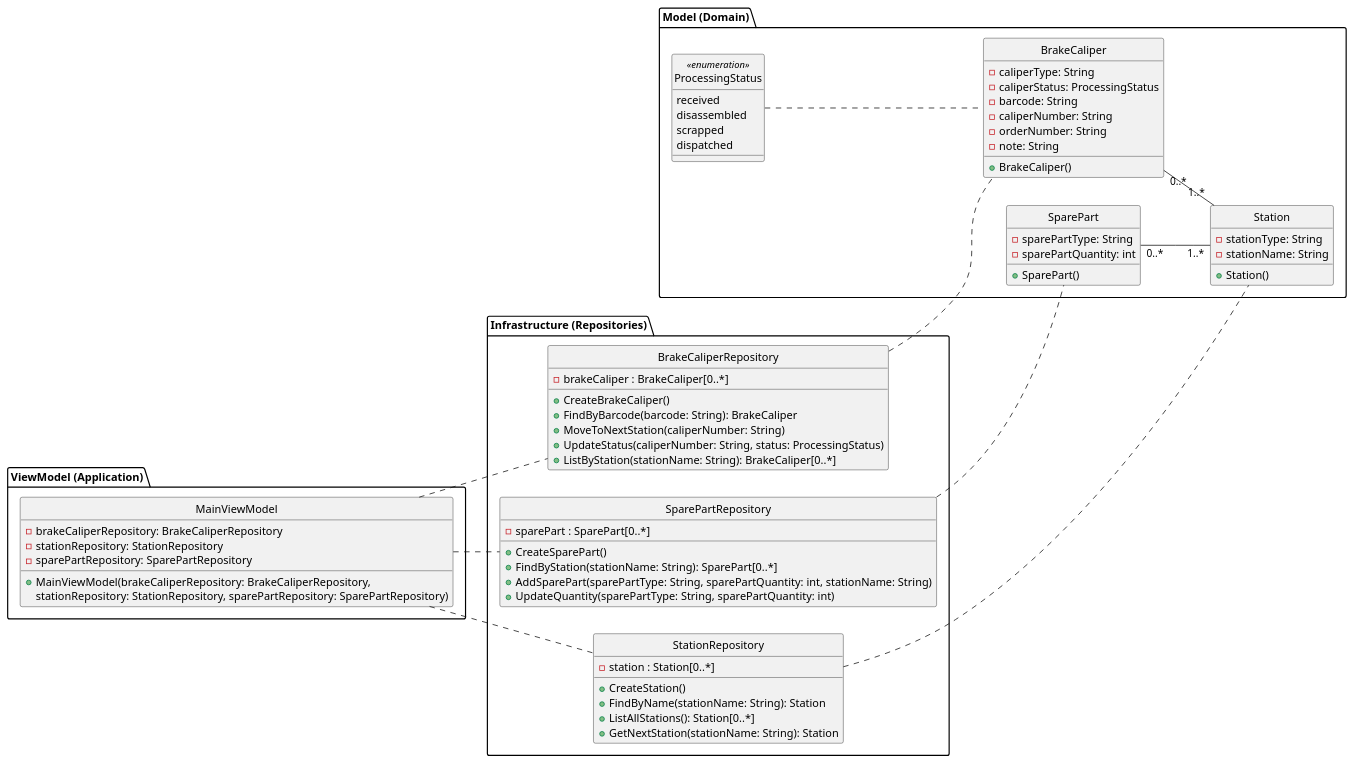
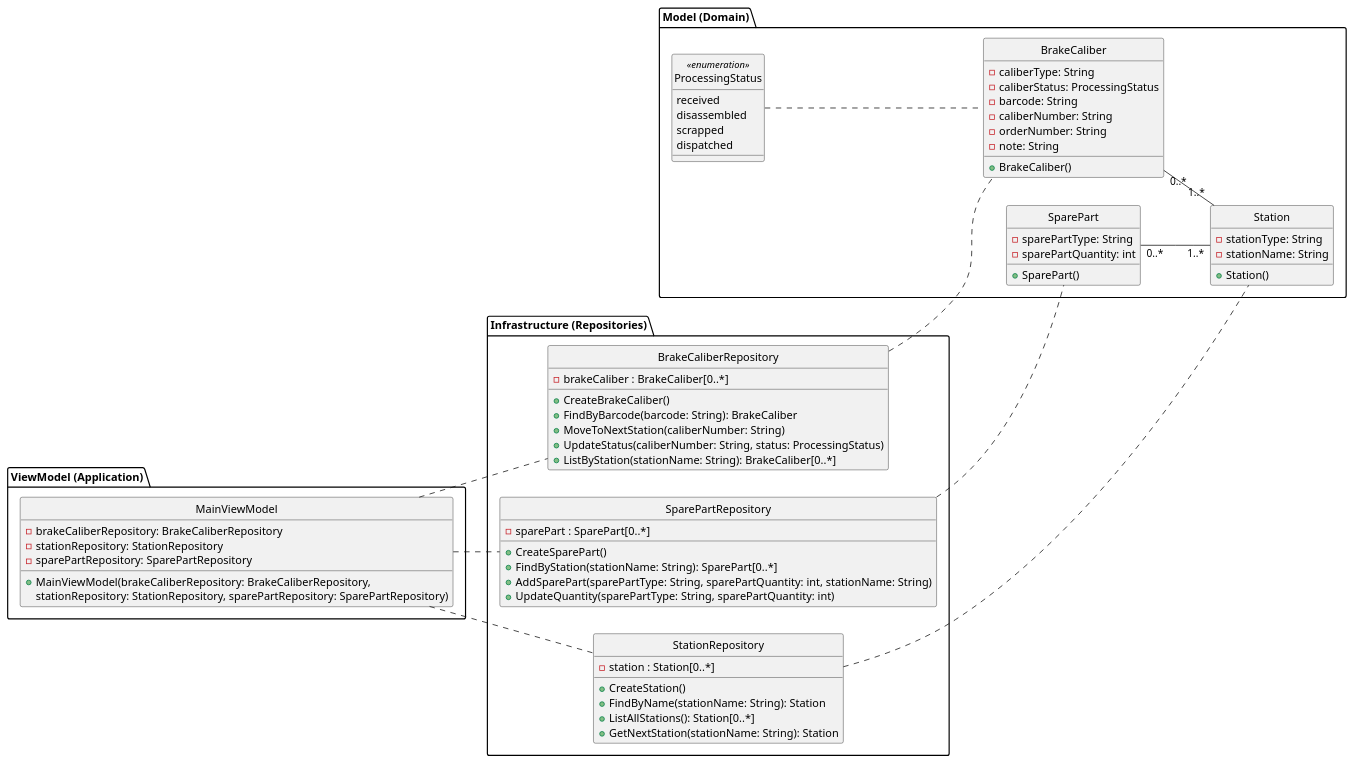
One commit to senan2315/Team-5A-Budweg changed the diagram in Informationsartefakter/Designklassediagram(DCD).plantuml. Above: the diagram before and after it, drawn with PlantUML. The commit also changed 1 other file, not shown here.

Commit message:
dcd ændret caliper -> caliber

```diff
--- a/Informationsartefakter/Designklassediagram(DCD).plantuml
+++ b/Informationsartefakter/Designklassediagram(DCD).plantuml
@@ -1,88 +1,88 @@
 @startuml - Design Class Diagram (DCD) Budweg
 left to right direction 
 
 package "ViewModel (Application)"{
     class MainViewModel {
-        - brakeCaliperRepository: BrakeCaliperRepository
+        - brakeCaliberRepository: BrakeCaliberRepository
         - stationRepository: StationRepository
         - sparePartRepository: SparePartRepository
-        + MainViewModel(brakeCaliperRepository: BrakeCaliperRepository,
+        + MainViewModel(brakeCaliberRepository: BrakeCaliberRepository,
         stationRepository: StationRepository, sparePartRepository: SparePartRepository)
     }
 }
 
 package "Infrastructure (Repositories)" {
-    class BrakeCaliperRepository {
-        - brakeCaliper : BrakeCaliper[0..*]
-        + CreateBrakeCaliper()
-        + FindByBarcode(barcode: String): BrakeCaliper
-        + MoveToNextStation(caliperNumber: String)
-        + UpdateStatus(caliperNumber: String, status: ProcessingStatus)
-        + ListByStation(stationName: String): BrakeCaliper[0..*]
+    class BrakeCaliberRepository {
+        - brakeCaliber : BrakeCaliber[0..*]
+        + CreateBrakeCaliber()
+        + FindByBarcode(barcode: String): BrakeCaliber
+        + MoveToNextStation(caliberNumber: String)
+        + UpdateStatus(caliberNumber: String, status: ProcessingStatus)
+        + ListByStation(stationName: String): BrakeCaliber[0..*]
 
     }
     class StationRepository {
             - station : Station[0..*] 
             + CreateStation()
         + FindByName(stationName: String): Station
         + ListAllStations(): Station[0..*]
         + GetNextStation(stationName: String): Station
     }
     class SparePartRepository {
         - sparePart : SparePart[0..*]
         + CreateSparePart()
         + FindByStation(stationName: String): SparePart[0..*]
         + AddSparePart(sparePartType: String, sparePartQuantity: int, stationName: String)
         + UpdateQuantity(sparePartType: String, sparePartQuantity: int)
     }
 }
 
 package "Model (Domain)" {
     class Station {
         - stationType: String
         - stationName: String
         + Station()
     }
 
-    class BrakeCaliper {
-        - caliperType: String
-        - caliperStatus: ProcessingStatus
+    class BrakeCaliber {
+        - caliberType: String
+        - caliberStatus: ProcessingStatus
         - barcode: String
-        - caliperNumber: String
+        - caliberNumber: String
         - orderNumber: String 
         - note: String
-        + BrakeCaliper() 
+        + BrakeCaliber() 
     }
 
     class ProcessingStatus <<enumeration>> {
         received
         disassembled
         scrapped
         dispatched
     }
 
     class SparePart{
        - sparePartType: String
        - sparePartQuantity: int
        + SparePart()
     }
 }
 
 
 
 MainViewModel .. StationRepository
-MainViewModel .. BrakeCaliperRepository
+MainViewModel .. BrakeCaliberRepository
 MainViewModel .. SparePartRepository
 
 StationRepository .. Station
-BrakeCaliperRepository .. BrakeCaliper
+BrakeCaliberRepository .. BrakeCaliber
 SparePartRepository .. SparePart
 
-BrakeCaliper "0..*" -- "1..*" Station
-ProcessingStatus .. BrakeCaliper
+BrakeCaliber "0..*" -- "1..*" Station
+ProcessingStatus .. BrakeCaliber
 SparePart "0..*" -- "1..*" Station
 
 
 hide circle
 
 @enduml
```
